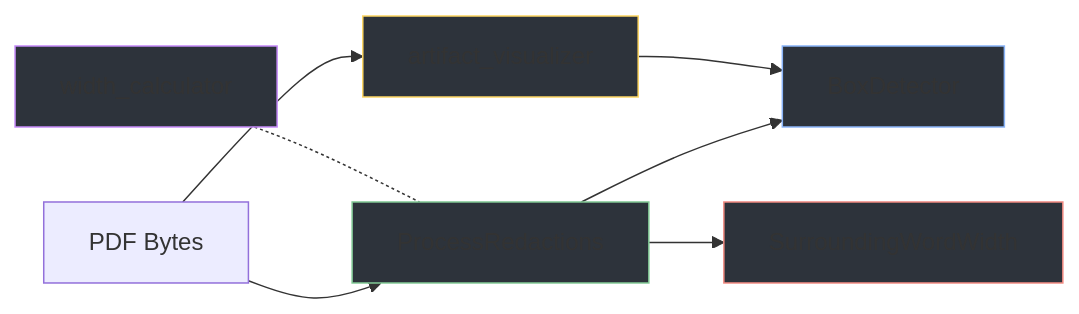
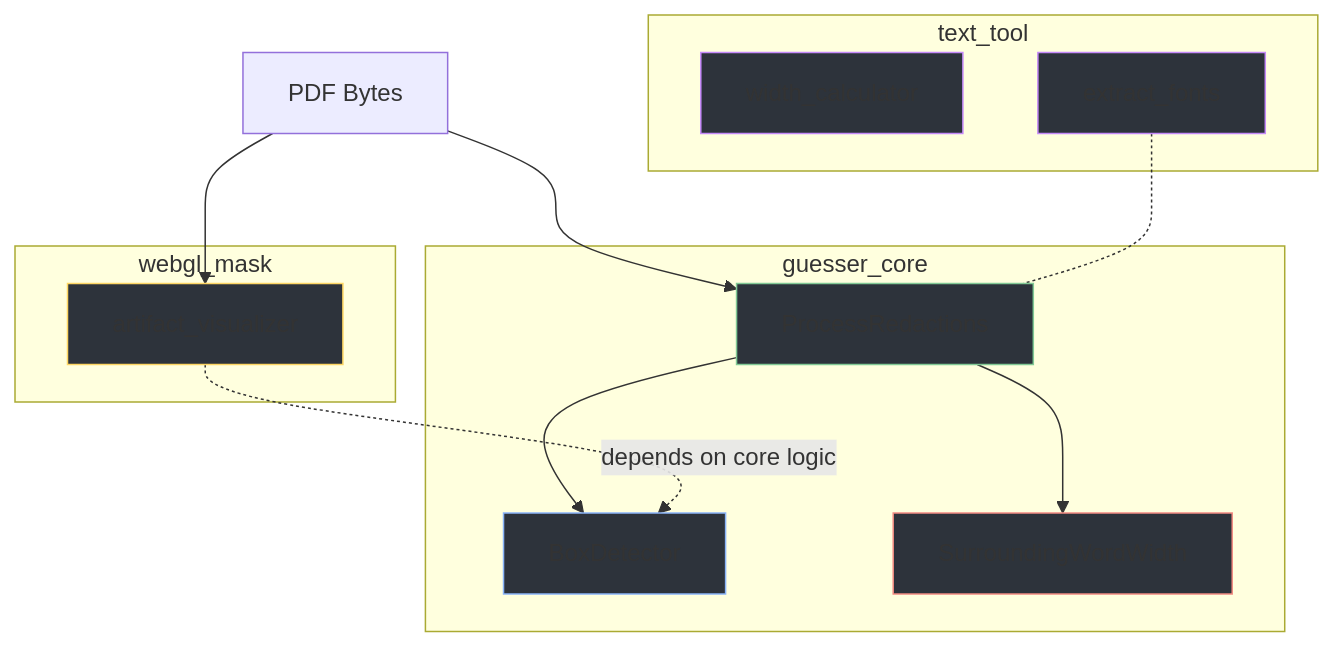
Before and after one commit to JaguarM/EpsteinTool: the diagram in guide/redaction-processing/backend-logic.md, drawn with Mermaid. The commit also changed other lines of this file and 58 other files, not shown here.

````diff
--- a/guide/redaction-processing/backend-logic.md
+++ b/guide/redaction-processing/backend-logic.md
@@ -7,15 +7,33 @@
 ```mermaid
-flowchart LR
-    PDF["PDF Bytes"] --> PR["ProcessRedactions"]
-    PR --> BD["BoxDetector"]
-    PR --> SW["SurroundingWordWidth"]
-    PDF --> AV["artifact_visualizer"]
-    AV --> BD
-    WC["width_calculator"] -.- PR
+flowchart TD
+    subgraph guesser_core
+        PR["ProcessRedactions"]
+        BD["BoxDetector"]
+        SW["SurroundingWordWidth"]
+    end
+    
+    subgraph webgl_mask
+        AV["artifact_visualizer"]
+    end
+    
+    subgraph text_tool
+        WC["width_calculator"]
+        EF["extract_fonts"]
+    end
 
+    PDF["PDF Bytes"] --> PR
+    PR --> BD
+    PR --> SW
+    
+    PDF --> AV
+    AV -.->|"depends on core logic"| BD
+    
+    EF -.- PR
+    
+    style PR fill:#2d333b,stroke:#81c995
     style BD fill:#2d333b,stroke:#8ab4f8
     style SW fill:#2d333b,stroke:#f28b82
-    style PR fill:#2d333b,stroke:#81c995
     style AV fill:#2d333b,stroke:#fdd663
     style WC fill:#2d333b,stroke:#c58af9
+    style EF fill:#2d333b,stroke:#c58af9
 ```
````
